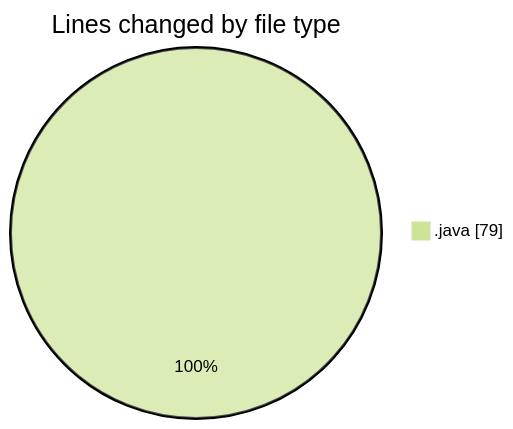
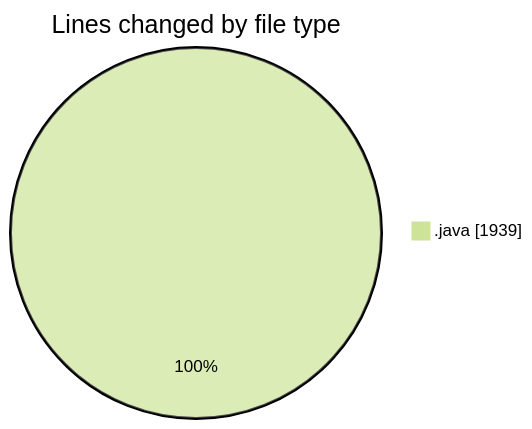
The first of 2 diagrams in 2026-06-23/cilapp/README.md (ricardozamudiocil/code-tracking), drawn with Mermaid (forest theme) before and after one commit. The commit also changed other lines of this file and 1 other file, not shown here.

````diff
--- a/2026-06-23/cilapp/README.md
+++ b/2026-06-23/cilapp/README.md
@@ -21,5 +22,5 @@
 ```mermaid
 pie showData
 title Lines changed by file type
-".java" : 79
+".java" : 1939
 ```
````
